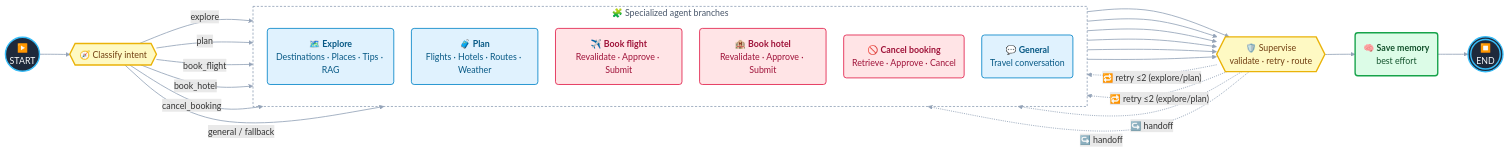
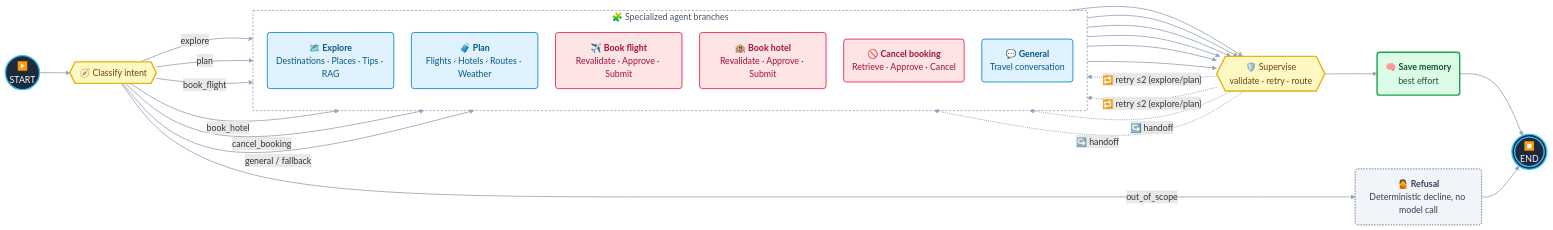
The diagram in README.md (nguyentrathao-agilityio/travel-assistant), drawn with Mermaid before and after one commit. The commit also changed other lines of this file and 16 other files, not shown here.

Commit message:
feat: add refusal handling for out-of-scope requests in agent workflow

````diff
--- a/README.md
+++ b/README.md
@@ -15,53 +16,57 @@
 ```mermaid
 %%{init: {"flowchart": {"curve": "basis", "nodeSpacing": 32, "rankSpacing": 55}}}%%
 flowchart LR
     START(("▶️<br/>START")) --> CLASSIFY{{"🧭 Classify intent"}}
 
     subgraph ROUTES[" 🧩 Specialized agent branches "]
         direction TB
         EXPLORE("🗺️ <b>Explore</b><br/>Destinations · Places · Tips · RAG")
         PLAN("🧳 <b>Plan</b><br/>Flights · Hotels · Routes · Weather")
         BOOK_FLIGHT("✈️ <b>Book flight</b><br/>Revalidate · Approve · Submit")
         BOOK_HOTEL("🏨 <b>Book hotel</b><br/>Revalidate · Approve · Submit")
         CANCEL("🚫 <b>Cancel booking</b><br/>Retrieve · Approve · Cancel")
         GENERAL("💬 <b>General</b><br/>Travel conversation")
     end
 
     CLASSIFY -->|explore| EXPLORE
     CLASSIFY -->|plan| PLAN
     CLASSIFY -->|book_flight| BOOK_FLIGHT
     CLASSIFY -->|book_hotel| BOOK_HOTEL
     CLASSIFY -->|cancel_booking| CANCEL
     CLASSIFY -->|"general / fallback"| GENERAL
+    CLASSIFY -->|out_of_scope| REFUSAL("🙅 <b>Refusal</b><br/>Deterministic decline, no model call")
 
     EXPLORE --> SUPERVISE{{"🛡️ Supervise<br/>validate · retry · route"}}
     PLAN --> SUPERVISE
     BOOK_FLIGHT --> SUPERVISE
     BOOK_HOTEL --> SUPERVISE
     CANCEL --> SUPERVISE
     GENERAL --> SUPERVISE
 
     SUPERVISE -. "🔁 retry ≤2 (explore/plan)" .-> EXPLORE
     SUPERVISE -. "🔁 retry ≤2 (explore/plan)" .-> PLAN
     SUPERVISE -. "↪️ handoff" .-> BOOK_FLIGHT
     SUPERVISE -. "↪️ handoff" .-> BOOK_HOTEL
 
     SUPERVISE --> MEMORY("🧠 <b>Save memory</b><br/>best effort")
     MEMORY --> END((("⏹️<br/>END")))
+    REFUSAL --> END
 
     classDef terminal fill:#1e293b,color:#f8fafc,stroke:#38bdf8,stroke-width:2.5px;
     classDef router fill:#fef9c3,color:#713f12,stroke:#eab308,stroke-width:2.5px;
     classDef readAgent fill:#e0f2fe,color:#075985,stroke:#0284c7,stroke-width:1.5px;
     classDef actionAgent fill:#ffe4e6,color:#9f1239,stroke:#e11d48,stroke-width:1.5px;
     classDef memory fill:#dcfce7,color:#14532d,stroke:#16a34a,stroke-width:2.5px;
+    classDef refusal fill:#f1f5f9,color:#334155,stroke:#64748b,stroke-width:1.5px,stroke-dasharray:3 2;
     classDef routesBox fill:transparent,stroke:#94a3b8,stroke-width:1.5px,stroke-dasharray:4 3,color:#475569;
 
     class START,END terminal;
     class CLASSIFY,SUPERVISE router;
     class EXPLORE,PLAN,GENERAL readAgent;
     class BOOK_FLIGHT,BOOK_HOTEL,CANCEL actionAgent;
     class MEMORY memory;
+    class REFUSAL refusal;
     class ROUTES routesBox;
 
     linkStyle default stroke:#94a3b8,stroke-width:1.5px;
 ```
````
